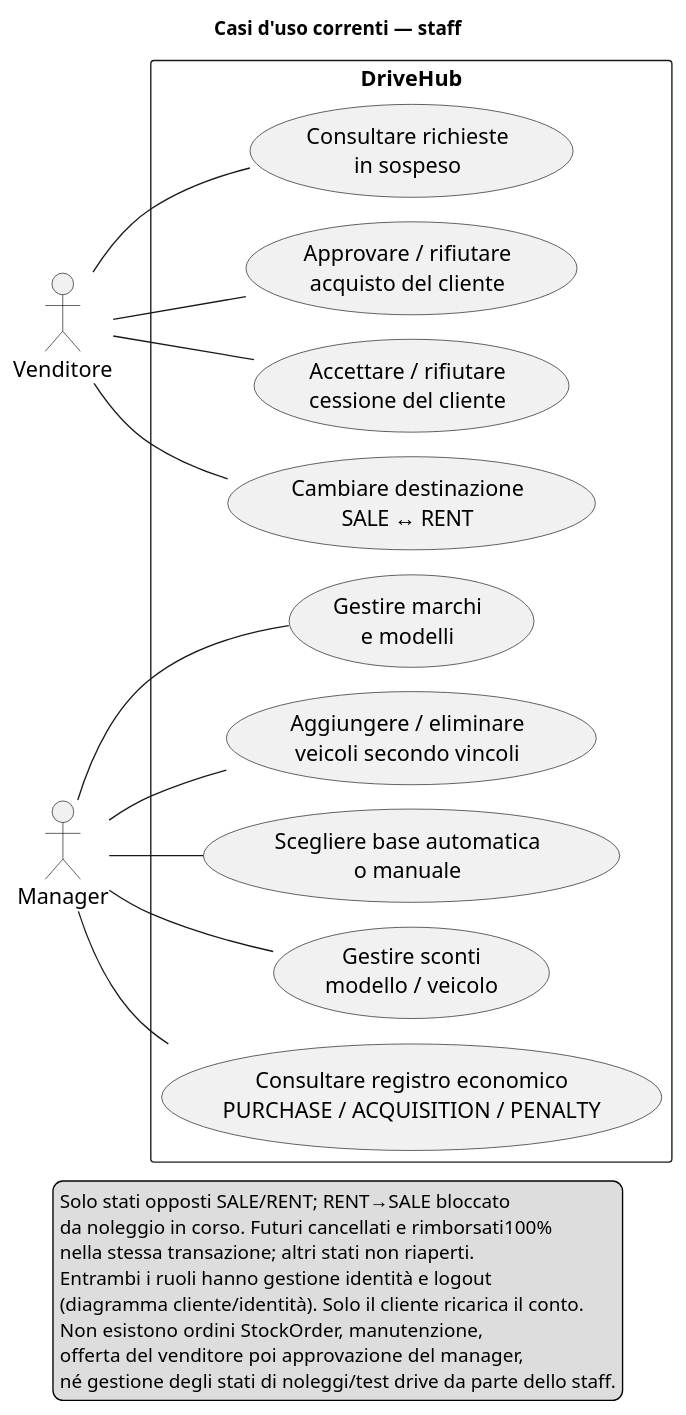
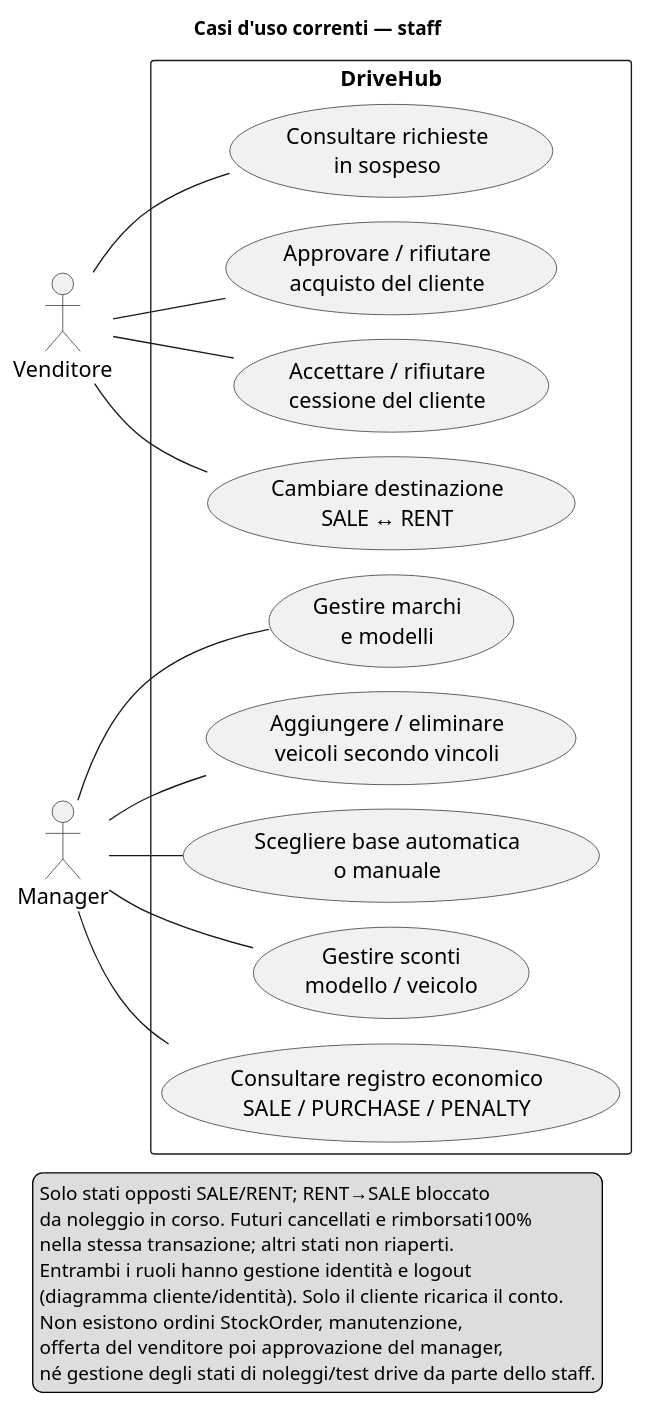
One commit to fededamo/DriveHub changed the diagram in docs/diagrams/current/use-cases-staff.puml. Above: the diagram before and after it, drawn with PlantUML. The commit also changed 44 other files, not shown here.

Commit message:
fix: align sale register types and nonnegative amounts

```diff
--- a/docs/diagrams/current/use-cases-staff.puml
+++ b/docs/diagrams/current/use-cases-staff.puml
@@ -1,39 +1,39 @@
 @startuml
 !pragma layout smetana
 left to right direction
 skinparam shadowing false
 skinparam defaultFontSize 16
 title Casi d'uso correnti — staff
 actor Venditore
 actor Manager
 rectangle DriveHub {
   usecase "Consultare richieste\nin sospeso" as Pending
   usecase "Approvare / rifiutare\nacquisto del cliente" as Purchase
   usecase "Accettare / rifiutare\ncessione del cliente" as Sale
   usecase "Cambiare destinazione\nSALE ↔ RENT" as Destination
   usecase "Gestire marchi\ne modelli" as Models
   usecase "Aggiungere / eliminare\nveicoli secondo vincoli" as Vehicles
   usecase "Scegliere base automatica\no manuale" as Price
   usecase "Gestire sconti\nmodello / veicolo" as Discount
-  usecase "Consultare registro economico\nPURCHASE / ACQUISITION / PENALTY" as Register
+  usecase "Consultare registro economico\nSALE / PURCHASE / PENALTY" as Register
 }
 Venditore -- Pending
 Venditore -- Purchase
 Venditore -- Sale
 Venditore -- Destination
 Manager -- Models
 Manager -- Vehicles
 Manager -- Price
 Manager -- Discount
 Manager -- Register
 legend bottom
   Solo stati opposti SALE/RENT; RENT→SALE bloccato
   da noleggio in corso. Futuri cancellati e rimborsati100%
   nella stessa transazione; altri stati non riaperti.
   Entrambi i ruoli hanno gestione identità e logout
   (diagramma cliente/identità). Solo il cliente ricarica il conto.
   Non esistono ordini StockOrder, manutenzione,
   offerta del venditore poi approvazione del manager,
   né gestione degli stati di noleggi/test drive da parte dello staff.
 endlegend
 @enduml
```
